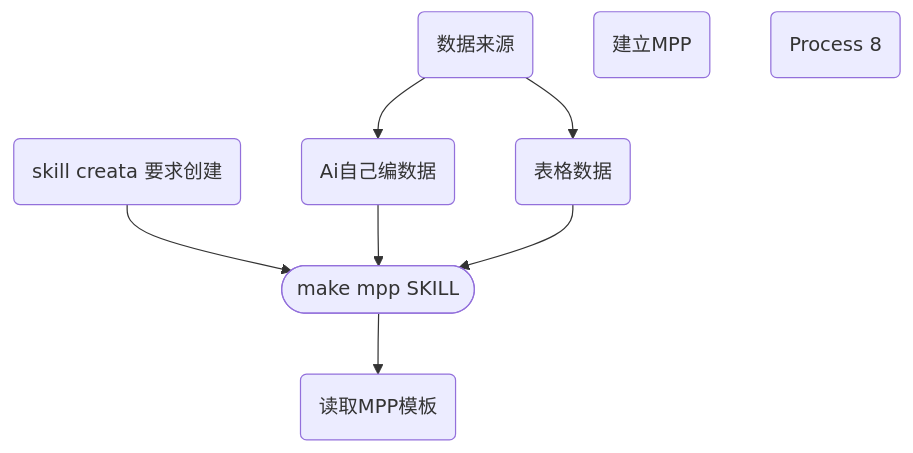
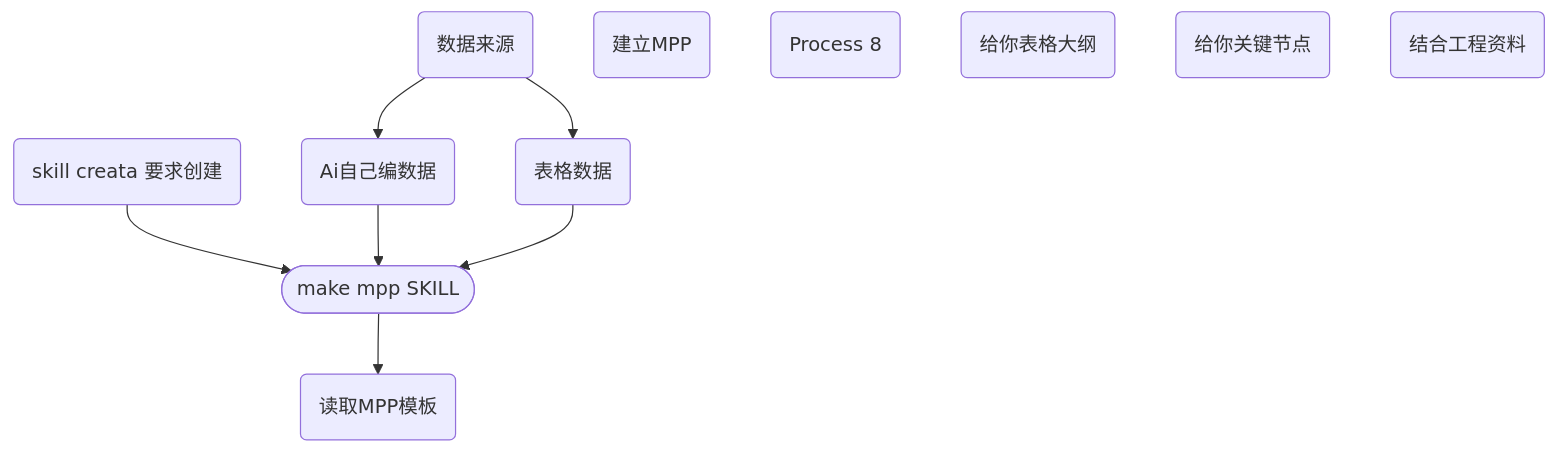
One commit to fireflysss/mermaid-notes changed the diagram in notes/进度MMP skill (local)_289c8ca6-dc65-4f5d-8e6f-773a3c6cc0dc.md. Above: the diagram before and after it, drawn with Mermaid. The commit also changed 3 other files, not shown here.

Commit message:
Sync Mermaid Studio data (11 diagrams)

````diff
--- a/notes/进度MMP skill (local)_289c8ca6-dc65-4f5d-8e6f-773a3c6cc0dc.md
+++ b/notes/进度MMP skill (local)_289c8ca6-dc65-4f5d-8e6f-773a3c6cc0dc.md
@@ -3,18 +3,21 @@
 ```mermaid
 flowchart TD
   n_0(["make mpp SKILL"])
   n_1("数据来源")
   n_2("skill  creata 要求创建")
   n_3("Ai自己编数据")
   n_4("表格数据")
   n_5("建立MPP")
   n_6("读取MPP模板")
   n_7("Process 8")
+  n_8("给你表格大纲")
+  n_9("给你关键节点")
+  n_10("结合工程资料")
   n_1 --> n_3
   n_1 --> n_4
   n_2 --> n_0
   n_3 --> n_0
   n_4 --> n_0
   n_0 --> n_6
 
 ```
````
